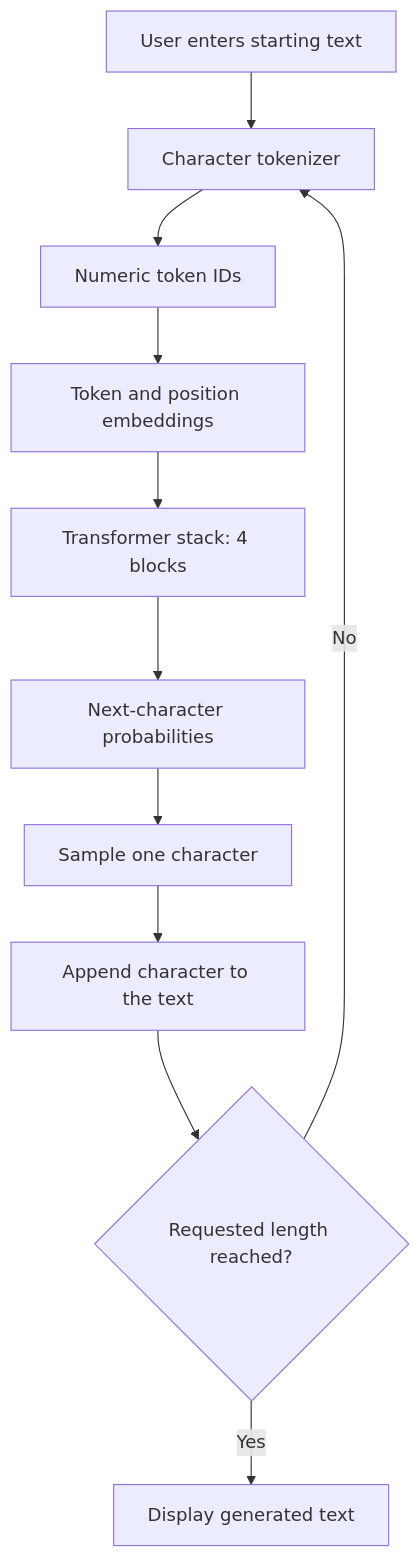
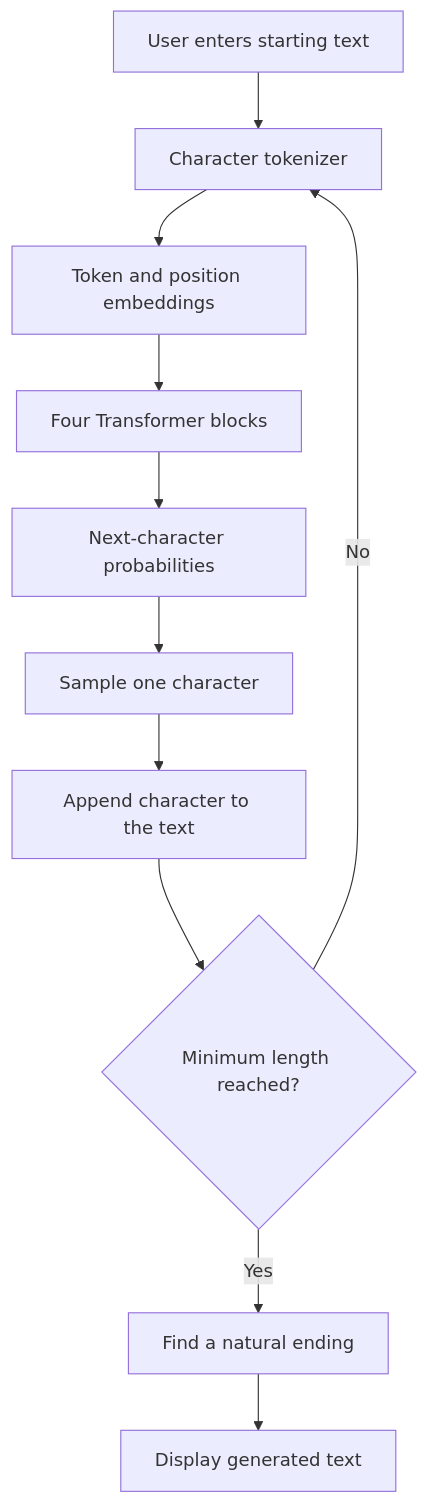
The diagram in README.md (Swetha-Jalluri/mini-transformer-from-scratch), drawn with Mermaid before and after one commit. The commit also changed other lines of this file, not shown here.

````diff
--- a/README.md
+++ b/README.md
@@ -27,13 +37,13 @@
 ```mermaid
 flowchart TD
     A["User enters starting text"] --> B["Character tokenizer"]
-    B --> C["Numeric token IDs"]
-    C --> D["Token and position embeddings"]
-    D --> E["Transformer stack: 4 blocks"]
-    E --> F["Next-character probabilities"]
-    F --> G["Sample one character"]
-    G --> H["Append character to the text"]
-    H --> I{"Requested length reached?"}
-    I -->|No| B
-    I -->|Yes| J["Display generated text"]
+    B --> C["Token and position embeddings"]
+    C --> D["Four Transformer blocks"]
+    D --> E["Next-character probabilities"]
+    E --> F["Sample one character"]
+    F --> G["Append character to the text"]
+    G --> H{"Minimum length reached?"}
+    H -->|No| B
+    H -->|Yes| I["Find a natural ending"]
+    I --> J["Display generated text"]
 ```
````
